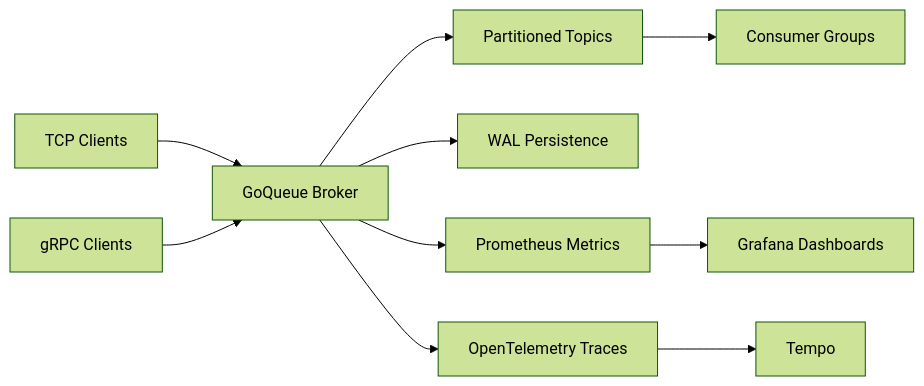
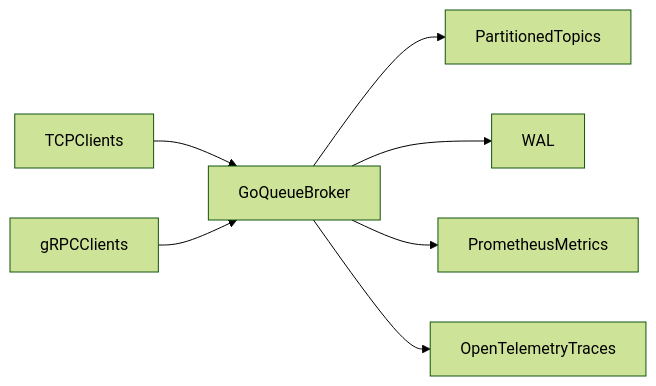
Before and after one commit to khangpt2k6/AgentBus: the diagram in README.md, drawn with Mermaid (forest theme). The commit also changed other lines of this file and 3 other files, not shown here.

````diff
--- a/README.md
+++ b/README.md
@@ -54,12 +51,9 @@
 ```mermaid
 flowchart LR
-    A[TCP Clients] --> C[GoQueue Broker]
-    B[gRPC Clients] --> C
-    C --> D[Partitioned Topics]
-    D --> E[Consumer Groups]
-    C --> F[WAL Persistence]
-    C --> G[Prometheus Metrics]
-    C --> H[OpenTelemetry Traces]
-    G --> I[Grafana Dashboards]
-    H --> J[Tempo]
+    tcpClients[TCPClients] --> broker[GoQueueBroker]
+    grpcClients[gRPCClients] --> broker
+    broker --> partitions[PartitionedTopics]
+    broker --> wal[WAL]
+    broker --> metrics[PrometheusMetrics]
+    broker --> traces[OpenTelemetryTraces]
 ```
````
